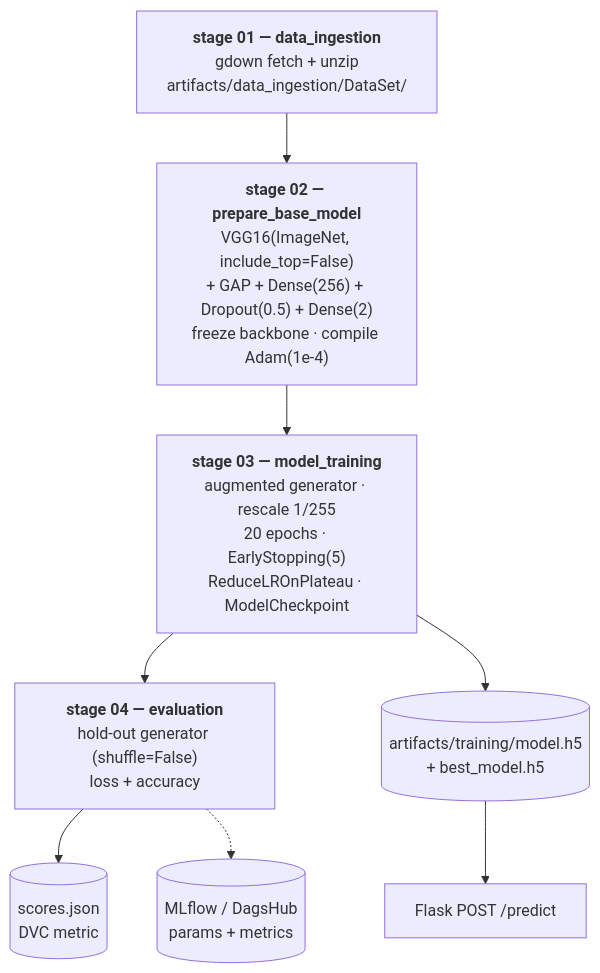
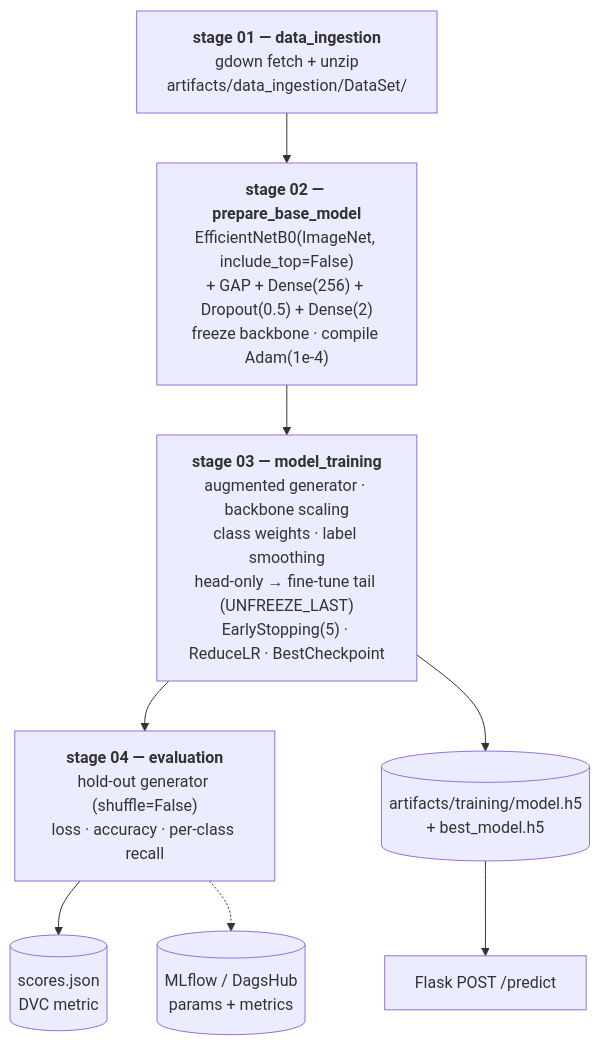
One commit to SHARATH204-MAX/Kidney-Disease-Classification-DeepLearning changed the second of 3 diagrams in README.md. Above: the diagram before and after it, drawn with Mermaid. The commit also changed other lines of this file and 12 other files, not shown here.

First line of the commit message:
Hit 90% accuracy: fine-tuning round 3 + shared flip-TTA inference path

````diff
--- a/README.md
+++ b/README.md
@@ -123,16 +138,16 @@
 ```mermaid
 flowchart TD
     S1["<b>stage 01 — data_ingestion</b><br/>gdown fetch + unzip<br/>artifacts/data_ingestion/DataSet/"]
-    S2["<b>stage 02 — prepare_base_model</b><br/>VGG16(ImageNet, include_top=False)<br/>+ GAP + Dense(256) + Dropout(0.5) + Dense(2)<br/>freeze backbone · compile Adam(1e-4)"]
-    S3["<b>stage 03 — model_training</b><br/>augmented generator · rescale 1/255<br/>20 epochs · EarlyStopping(5)<br/>ReduceLROnPlateau · ModelCheckpoint"]
-    S4["<b>stage 04 — evaluation</b><br/>hold-out generator (shuffle=False)<br/>loss + accuracy"]
+    S2["<b>stage 02 — prepare_base_model</b><br/>EfficientNetB0(ImageNet, include_top=False)<br/>+ GAP + Dense(256) + Dropout(0.5) + Dense(2)<br/>freeze backbone · compile Adam(1e-4)"]
+    S3["<b>stage 03 — model_training</b><br/>augmented generator · backbone scaling<br/>class weights · label smoothing<br/>head-only → fine-tune tail (UNFREEZE_LAST)<br/>EarlyStopping(5) · ReduceLR · BestCheckpoint"]
+    S4["<b>stage 04 — evaluation</b><br/>hold-out generator (shuffle=False)<br/>loss · accuracy · per-class recall"]
     MET[("scores.json<br/>DVC metric")]
     MLFLOW[("MLflow / DagsHub<br/>params + metrics")]
     W[("artifacts/training/model.h5<br/>+ best_model.h5")]
     SERVE["Flask POST /predict"]
 
     S1 --> S2 --> S3 --> S4
     S3 --> W --> SERVE
     S4 --> MET
     S4 -.-> MLFLOW
 ```
````
